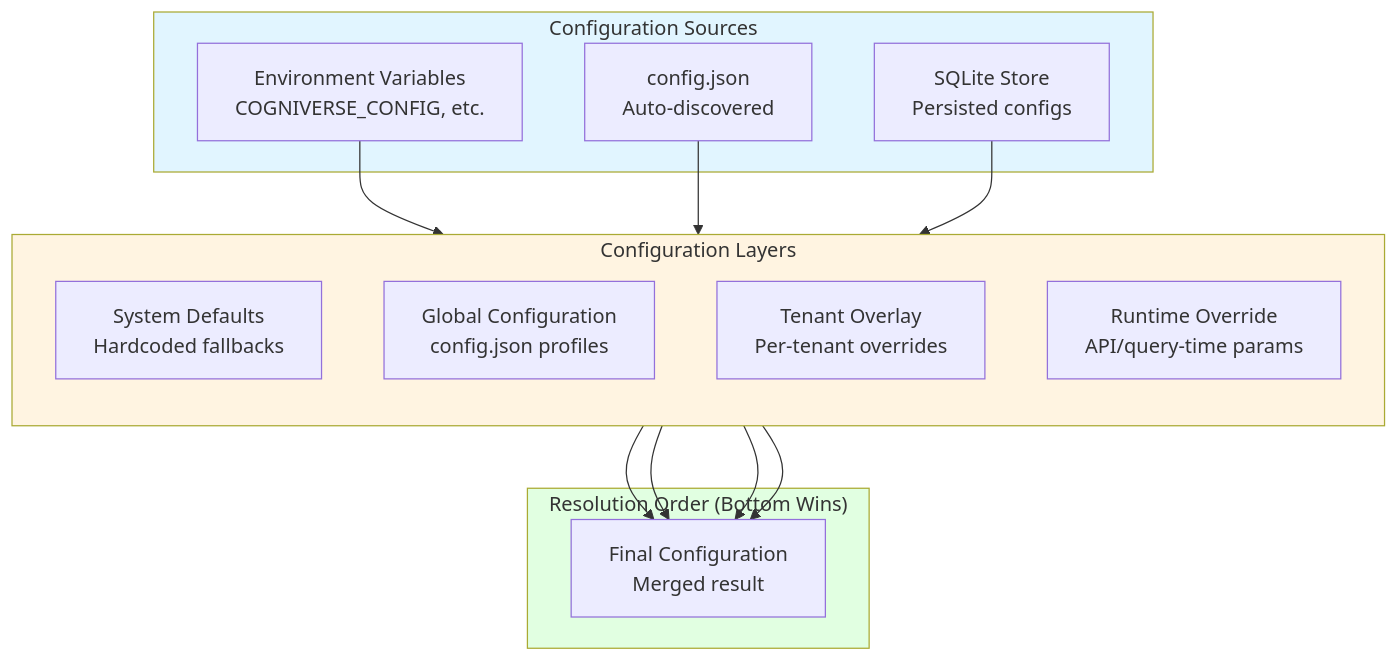
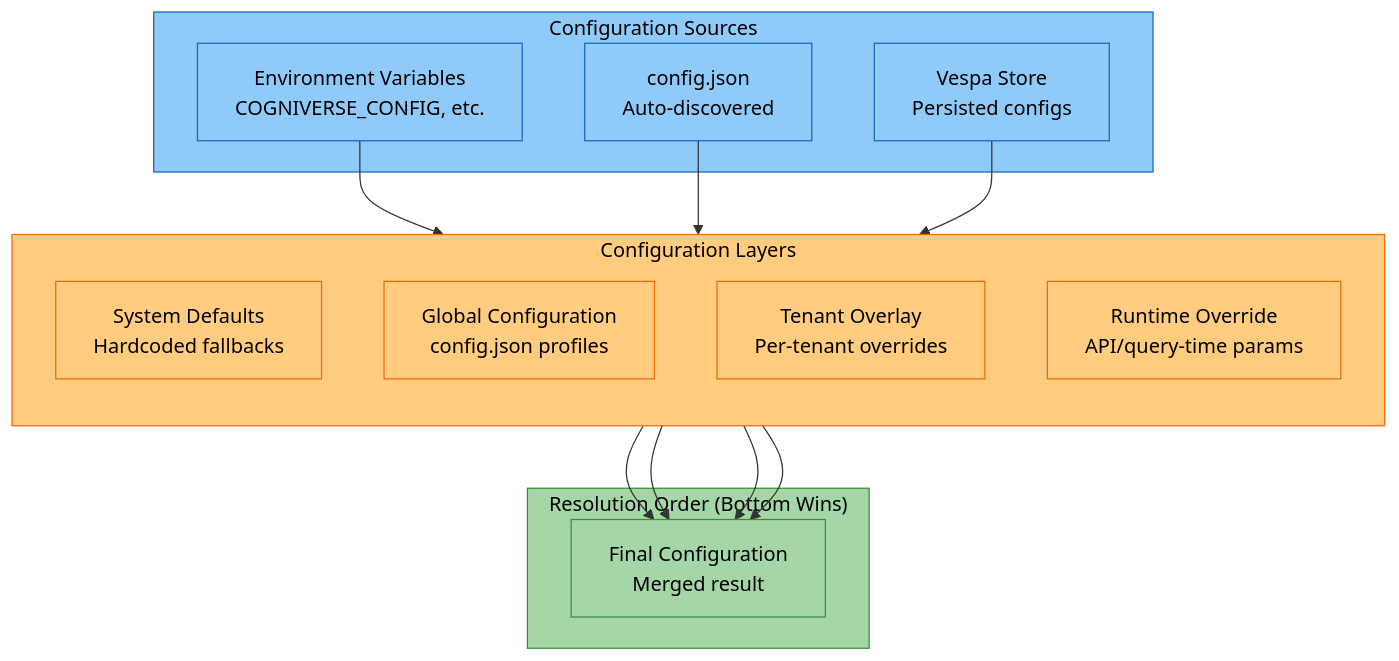
One commit to amit-jain/cogniverse changed the second of 3 diagrams in docs/modules/foundation.md. Above: the diagram before and after it, drawn with Mermaid. The commit also changed other lines of this file and 83 other files, not shown here.

First line of the commit message:
Fix documentation veracity, formatting, and diagrams across all modules

````diff
--- a/docs/modules/foundation.md
+++ b/docs/modules/foundation.md
@@ -225,33 +286,41 @@
 ```mermaid
 flowchart TB
-    subgraph Sources["Configuration Sources"]
-        EnvVars[Environment Variables<br/>COGNIVERSE_CONFIG, etc.]
-        ConfigFile[config.json<br/>Auto-discovered]
-        SQLite[SQLite Store<br/>Persisted configs]
+    subgraph Sources["<span style='color:#000'>Configuration Sources</span>"]
+        EnvVars["<span style='color:#000'>Environment Variables<br/>COGNIVERSE_CONFIG, etc.</span>"]
+        ConfigFile["<span style='color:#000'>config.json<br/>Auto-discovered</span>"]
+        VespaStore["<span style='color:#000'>Vespa Store<br/>Persisted configs</span>"]
     end
 
-    subgraph Layers["Configuration Layers"]
+    subgraph Layers["<span style='color:#000'>Configuration Layers</span>"]
         direction TB
-        SystemDefaults[System Defaults<br/>Hardcoded fallbacks]
-        GlobalConfig[Global Configuration<br/>config.json profiles]
-        TenantOverlay[Tenant Overlay<br/>Per-tenant overrides]
-        RuntimeOverride[Runtime Override<br/>API/query-time params]
+        SystemDefaults["<span style='color:#000'>System Defaults<br/>Hardcoded fallbacks</span>"]
+        GlobalConfig["<span style='color:#000'>Global Configuration<br/>config.json profiles</span>"]
+        TenantOverlay["<span style='color:#000'>Tenant Overlay<br/>Per-tenant overrides</span>"]
+        RuntimeOverride["<span style='color:#000'>Runtime Override<br/>API/query-time params</span>"]
     end
 
-    subgraph Resolution["Resolution Order (Bottom Wins)"]
-        Final[Final Configuration<br/>Merged result]
+    subgraph Resolution["<span style='color:#000'>Resolution Order (Bottom Wins)</span>"]
+        Final["<span style='color:#000'>Final Configuration<br/>Merged result</span>"]
     end
 
     EnvVars --> GlobalConfig
     ConfigFile --> GlobalConfig
-    SQLite --> TenantOverlay
+    VespaStore --> TenantOverlay
 
     SystemDefaults --> Final
     GlobalConfig --> Final
     TenantOverlay --> Final
     RuntimeOverride --> Final
 
-    style Sources fill:#e1f5ff
-    style Layers fill:#fff4e1
-    style Resolution fill:#e1ffe1
+    style Sources fill:#90caf9,stroke:#1565c0,color:#000
+    style Layers fill:#ffcc80,stroke:#ef6c00,color:#000
+    style Resolution fill:#a5d6a7,stroke:#388e3c,color:#000
+    style EnvVars fill:#90caf9,stroke:#1565c0,color:#000
+    style ConfigFile fill:#90caf9,stroke:#1565c0,color:#000
+    style VespaStore fill:#90caf9,stroke:#1565c0,color:#000
+    style SystemDefaults fill:#ffcc80,stroke:#ef6c00,color:#000
+    style GlobalConfig fill:#ffcc80,stroke:#ef6c00,color:#000
+    style TenantOverlay fill:#ffcc80,stroke:#ef6c00,color:#000
+    style RuntimeOverride fill:#ffcc80,stroke:#ef6c00,color:#000
+    style Final fill:#a5d6a7,stroke:#388e3c,color:#000
 ```
````
